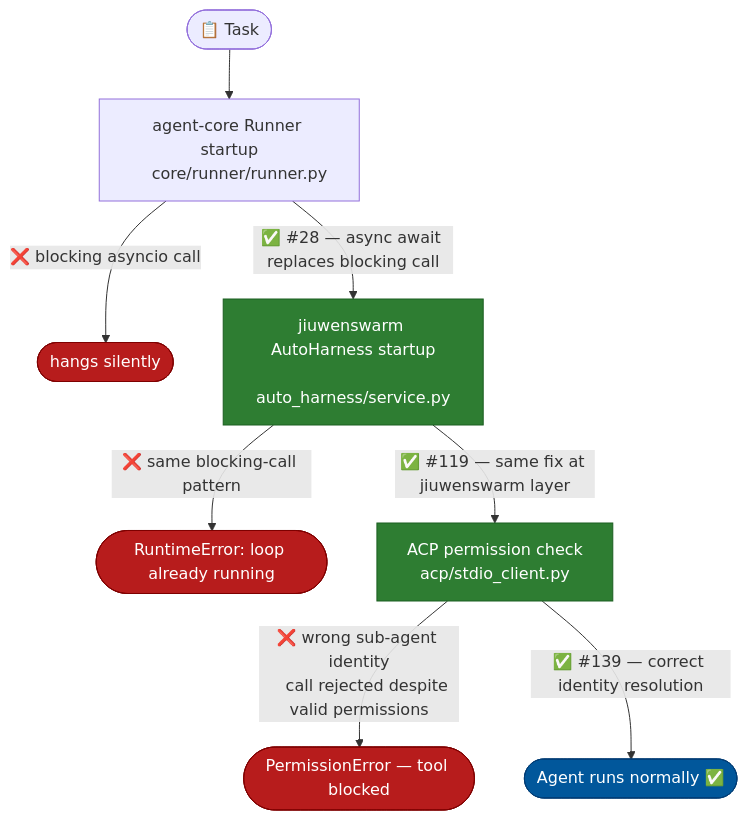
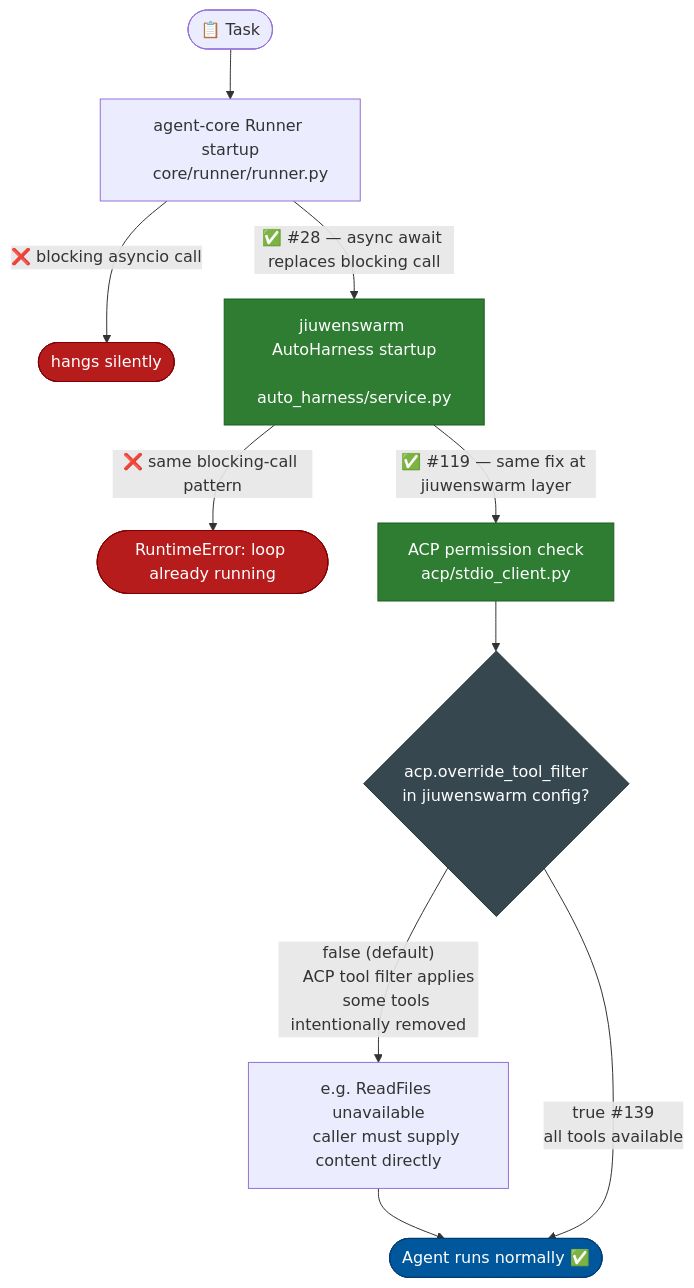
One commit to michaelatamuk/openjiuwen-jiuwenswarm changed the first of 8 diagrams in docs-michael/Implementation.Overview.md. Above: the diagram before and after it, drawn with Mermaid. The commit also changed other lines of this file and 1 other file, not shown here.

````diff
--- a/docs-michael/Implementation.Overview.md
+++ b/docs-michael/Implementation.Overview.md
@@ -121,23 +128,32 @@
 ```mermaid
 flowchart TD
     classDef fix  fill:#2E7D32,color:#fff,stroke:#1B5E20
     classDef fail fill:#B71C1C,color:#fff,stroke:#7f0000
     classDef ok   fill:#01579B,color:#fff,stroke:#003c74
+    classDef cfg  fill:#37474F,color:#fff,stroke:#263238
 
     T(["📋 Task"])
 
     T --> AC["agent-core Runner startup
     core/runner/runner.py"]
 
     AC -->|"❌ blocking asyncio call"| H1(["hangs silently"]):::fail
     AC -->|"✅ #28 — async await replaces blocking call"| JW["jiuwenswarm AutoHarness startup
     auto_harness/service.py"]:::fix
 
     JW -->|"❌ same blocking-call pattern"| H2(["RuntimeError: loop already running"]):::fail
     JW -->|"✅ #119 — same fix at jiuwenswarm layer"| ACP["ACP permission check
     acp/stdio_client.py"]:::fix
 
-    ACP -->|"❌ wrong sub-agent identity
-    call rejected despite valid permissions"| H3(["PermissionError — tool blocked"]):::fail
-    ACP -->|"✅ #139 — correct identity resolution"| RUN(["Agent runs normally ✅"]):::ok
+    ACP --> CFG{"acp.override_tool_filter
+    in jiuwenswarm config?"}:::cfg
+
+    CFG -->|"false (default)
+    ACP tool filter applies
+    some tools intentionally removed"| FILTER["e.g. ReadFiles unavailable
+    caller must supply content directly"]
+    FILTER --> RUN
+
+    CFG -->|"true  #139
+    all tools available"| RUN(["Agent runs normally ✅"]):::ok
 ```
````
